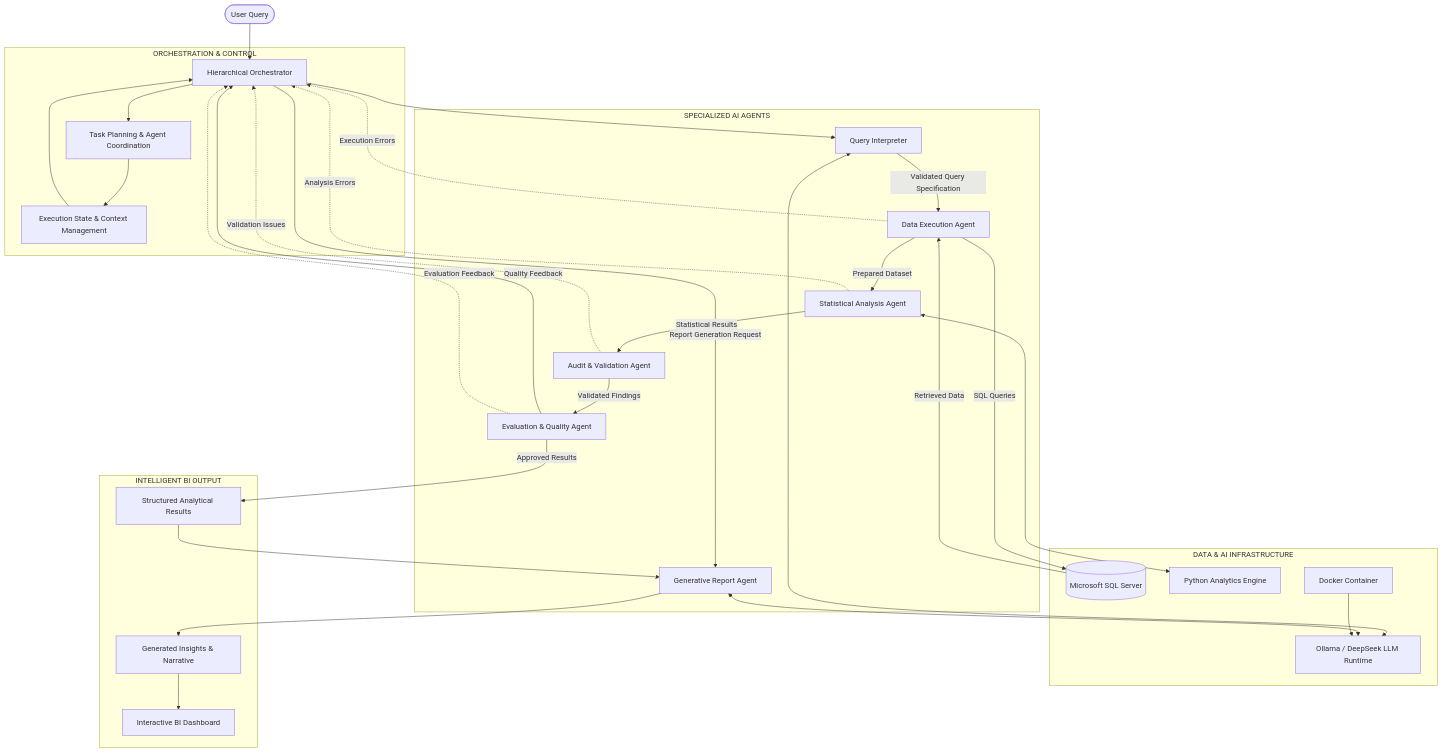
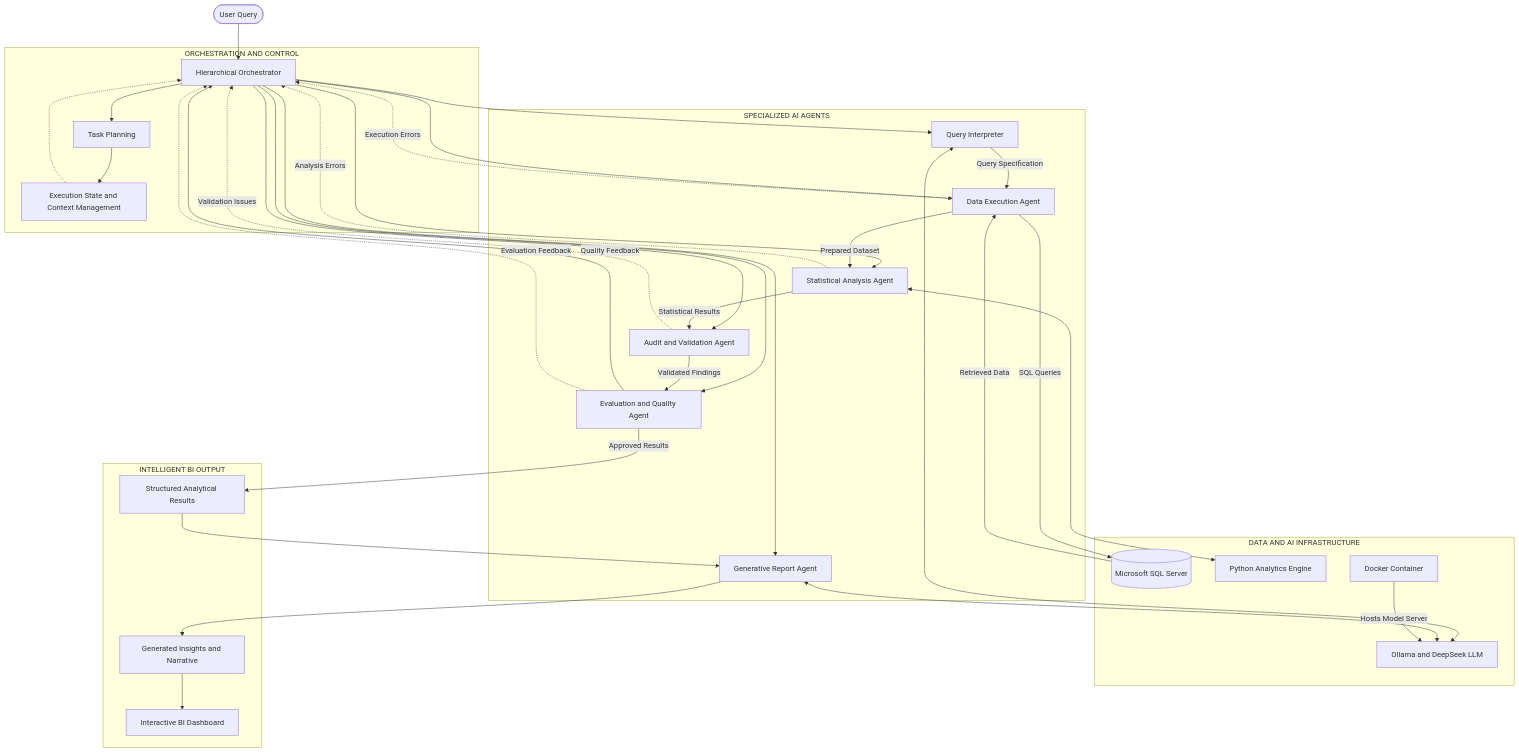
One commit to Cristian1191/DataLens-AI changed the diagram in README.md. Above: the diagram before and after it, drawn with Mermaid.

````diff
--- a/README.md
+++ b/README.md
@@ -82,63 +82,73 @@
 ```mermaid
+
 flowchart TD
-    U(["User Query"]) --> O
-
+    U(["User Query"])
     O["Hierarchical Orchestrator"]
 
-    subgraph ORCHESTRATION["ORCHESTRATION & CONTROL"]
-        O --> PLAN["Task Planning & Agent Coordination"]
-        PLAN --> STATE["Execution State & Context Management"]
-        STATE --> O
+    U --> O
+
+    subgraph ORCHESTRATION["ORCHESTRATION AND CONTROL"]
+        PLAN["Task Planning"]
+        STATE["Execution State and Context Management"]
+        O --> PLAN
+        PLAN --> STATE
+        STATE -.-> O
     end
 
     subgraph AGENTS["SPECIALIZED AI AGENTS"]
         I["Query Interpreter"]
         E["Data Execution Agent"]
         A["Statistical Analysis Agent"]
-        AU["Audit & Validation Agent"]
-        EV["Evaluation & Quality Agent"]
+        AU["Audit and Validation Agent"]
+        EV["Evaluation and Quality Agent"]
         R["Generative Report Agent"]
     end
 
-    subgraph INFRA["DATA & AI INFRASTRUCTURE"]
+    subgraph INFRA["DATA AND AI INFRASTRUCTURE"]
         DB[("Microsoft SQL Server")]
         PY["Python Analytics Engine"]
         DOCKER["Docker Container"]
-        LLM["Ollama / DeepSeek LLM Runtime"]
+        LLM["Ollama and DeepSeek LLM"]
     end
 
     subgraph OUTPUT["INTELLIGENT BI OUTPUT"]
         DATA["Structured Analytical Results"]
-        REPORT["Generated Insights & Narrative"]
+        REPORT["Generated Insights and Narrative"]
         UI["Interactive BI Dashboard"]
     end
 
     O --> I
+    O --> E
+    O --> A
+    O --> AU
+    O --> EV
+    O --> R
+
     I <--> LLM
-    I -->|"Validated Query Specification"| E
+    I -->|"Query Specification"| E
 
     E -->|"SQL Queries"| DB
     DB -->|"Retrieved Data"| E
     E -->|"Prepared Dataset"| A
 
     A <--> PY
     A -->|"Statistical Results"| AU
 
     AU -->|"Validated Findings"| EV
     EV -->|"Quality Feedback"| O
 
     EV -->|"Approved Results"| DATA
-    O -->|"Report Generation Request"| R
     DATA --> R
 
     R <--> LLM
     R --> REPORT
     REPORT --> UI
 
-    DOCKER --> LLM
+    DOCKER -->|"Hosts Model Server"| LLM
 
     E -.->|"Execution Errors"| O
     A -.->|"Analysis Errors"| O
     AU -.->|"Validation Issues"| O
     EV -.->|"Evaluation Feedback"| O
+
 ```
````
